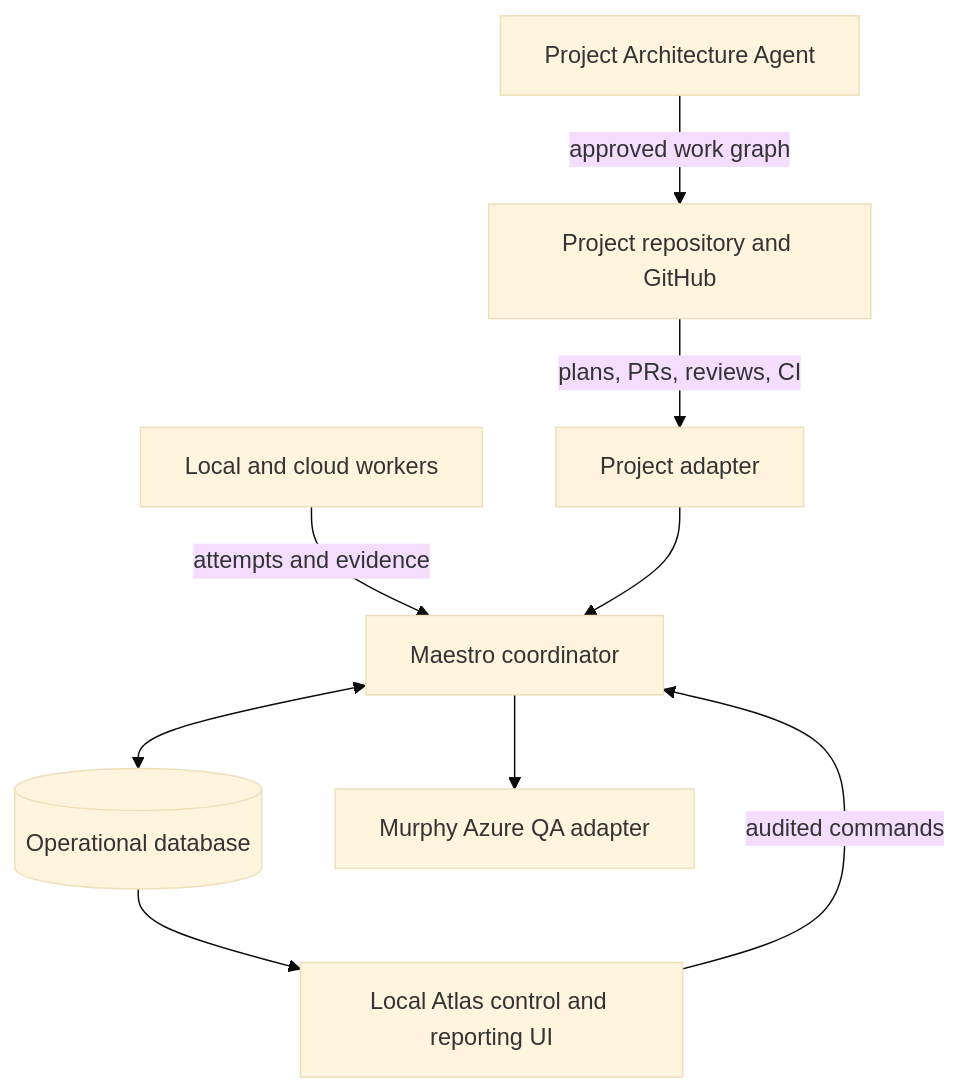
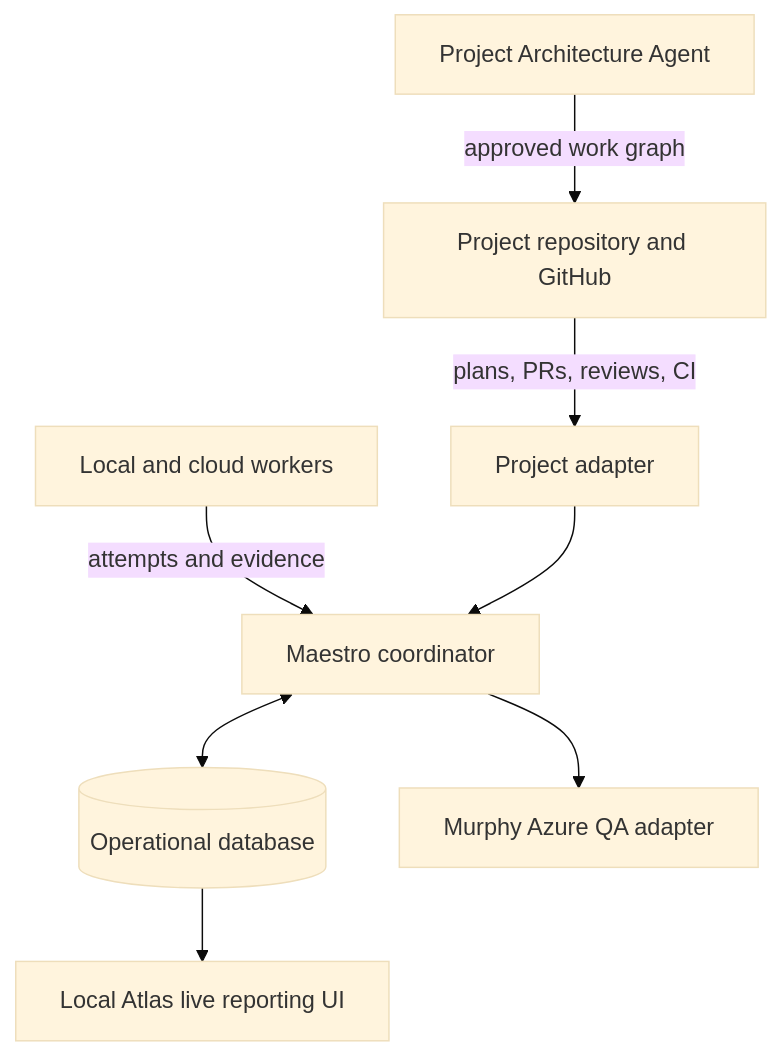
One commit to jmiedreich-ux/Maestro changed the first of 2 diagrams in docs/planning/maestro-master-plan.md. Above: the diagram before and after it, drawn with Mermaid (base theme). The commit also changed other lines of this file, not shown here.

Commit message:
Correct Atlas to live reporting only

````diff
--- a/docs/planning/maestro-master-plan.md
+++ b/docs/planning/maestro-master-plan.md
@@ -30,11 +30,10 @@
 ```mermaid
 flowchart TD
   Repo["Project repository and GitHub"] -->|"plans, PRs, reviews, CI"| Sync["Project adapter"]
   Architecture["Project Architecture Agent"] -->|"approved work graph"| Repo
   Workers["Local and cloud workers"] -->|"attempts and evidence"| Core["Maestro coordinator"]
   Sync --> Core
   Core <--> DB[("Operational database")]
-  DB --> Atlas["Local Atlas control and reporting UI"]
-  Atlas -->|"audited commands"| Core
+  DB --> Atlas["Local Atlas live reporting UI"]
   Core --> Murphy["Murphy Azure QA adapter"]
 ```
````
